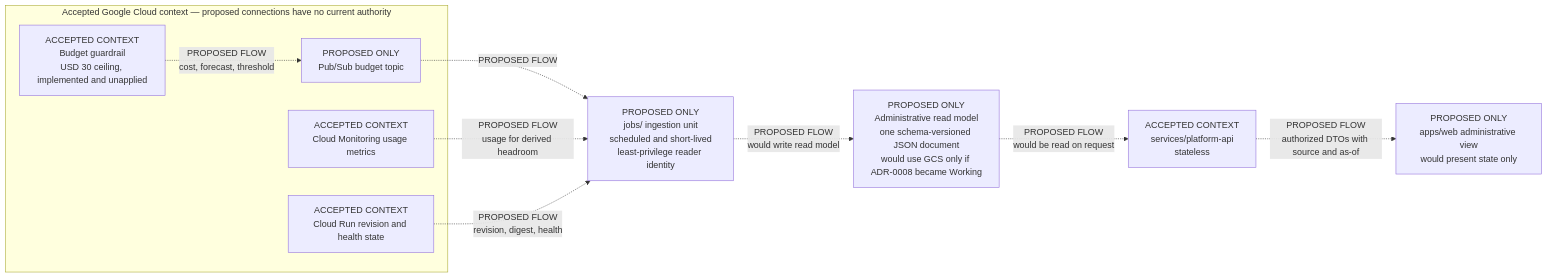
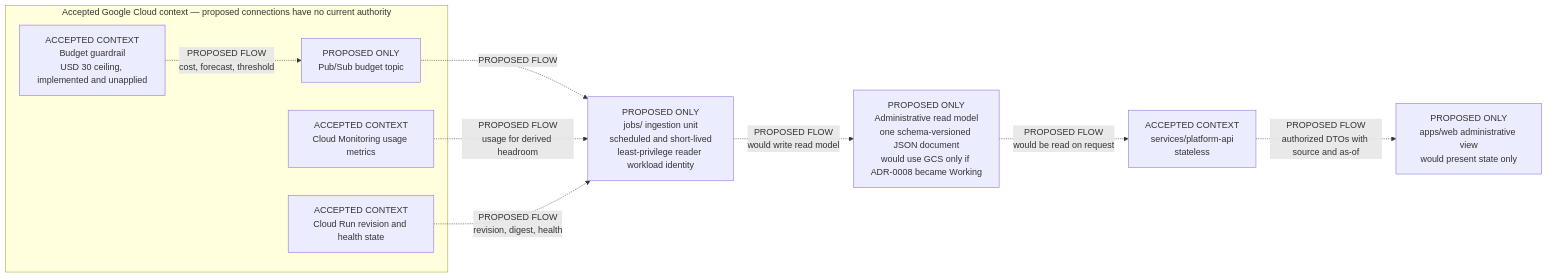
One commit to money-noodle/money-noodle changed the ninth of 9 diagrams in docs/architecture/overview.md. Above: the diagram before and after it, drawn with Mermaid. The commit also changed other lines of this file and 14 other files, not shown here.

Commit message:
Adopt principal and workload identity vocabulary (#55)

````diff
--- a/docs/architecture/overview.md
+++ b/docs/architecture/overview.md
@@ -352,22 +352,22 @@
 ```mermaid
 flowchart LR
     subgraph gcp["Accepted Google Cloud context — proposed connections have no current authority"]
         budget["ACCEPTED CONTEXT<br/>Budget guardrail<br/>USD 30 ceiling, implemented and unapplied"]
         topic["PROPOSED ONLY<br/>Pub/Sub budget topic"]
         metrics["ACCEPTED CONTEXT<br/>Cloud Monitoring usage metrics"]
         runState["ACCEPTED CONTEXT<br/>Cloud Run revision and health state"]
     end
 
-    job["PROPOSED ONLY<br/>jobs/ ingestion unit<br/>scheduled and short-lived<br/>least-privilege reader identity"]
+    job["PROPOSED ONLY<br/>jobs/ ingestion unit<br/>scheduled and short-lived<br/>least-privilege reader workload identity"]
     readModel["PROPOSED ONLY<br/>Administrative read model<br/>one schema-versioned JSON document<br/>would use GCS only if ADR-0008 became Working"]
     apiService["ACCEPTED CONTEXT<br/>services/platform-api<br/>stateless"]
     adminView["PROPOSED ONLY<br/>apps/web administrative view<br/>would present state only"]
 
     budget -. "PROPOSED FLOW<br/>cost, forecast, threshold" .-> topic
     topic -. "PROPOSED FLOW" .-> job
     metrics -. "PROPOSED FLOW<br/>usage for derived headroom" .-> job
     runState -. "PROPOSED FLOW<br/>revision, digest, health" .-> job
     job -. "PROPOSED FLOW<br/>would write read model" .-> readModel
     readModel -. "PROPOSED FLOW<br/>would be read on request" .-> apiService
     apiService -. "PROPOSED FLOW<br/>authorized DTOs with source and as-of" .-> adminView
 ```
````
